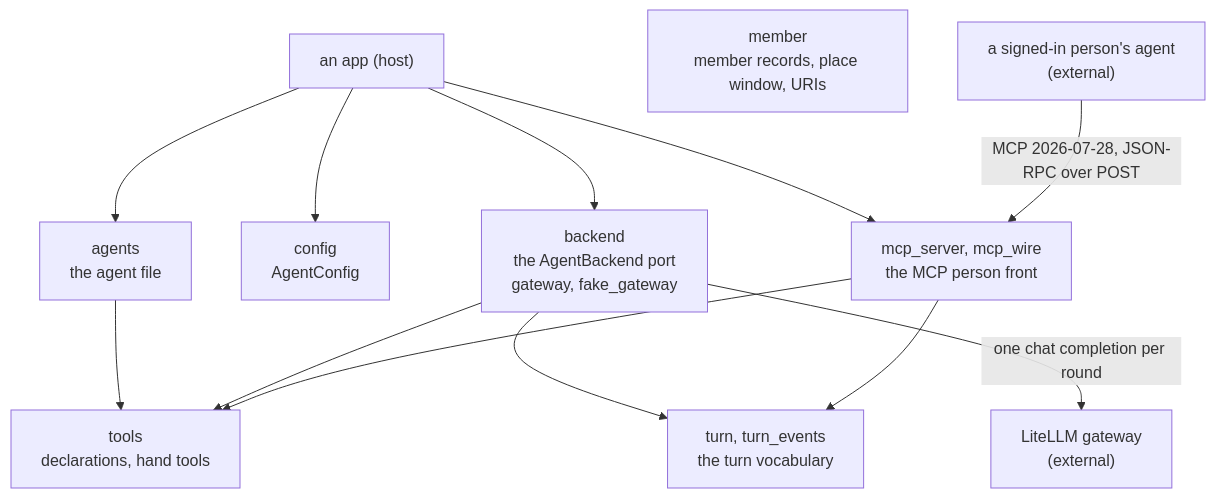
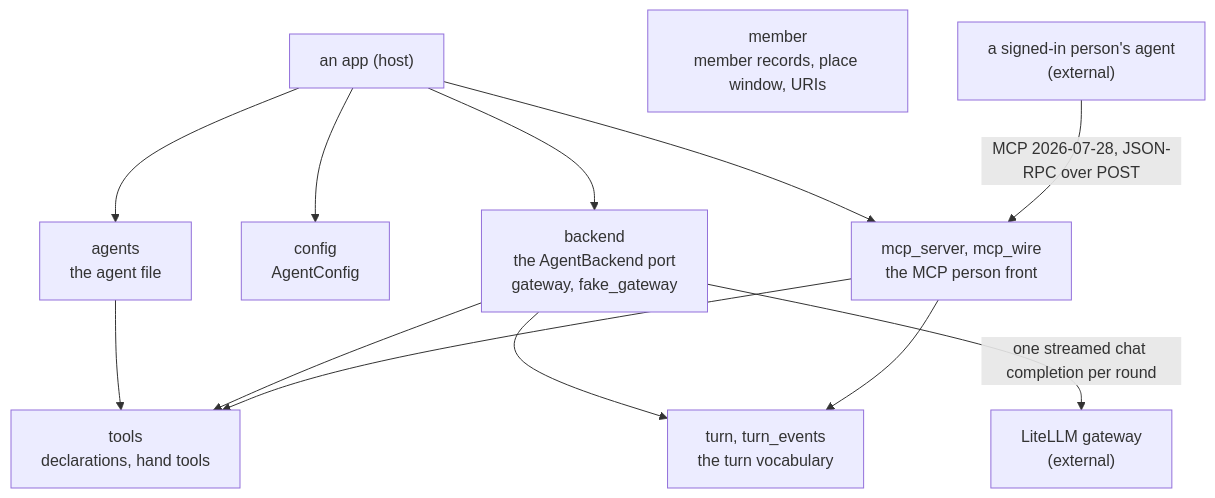
One commit to overnightworks/agent-runtime changed the first of 2 diagrams in docs/ARCHITECTURE.md. Above: the diagram before and after it, drawn with Mermaid. The commit also changed other lines of this file and 11 other files, not shown here.

````diff
--- a/docs/ARCHITECTURE.md
+++ b/docs/ARCHITECTURE.md
@@ -14,25 +14,25 @@
 ```mermaid
 flowchart TB
     app["an app (host)"]
     agents["agents<br/>the agent file"]
     tools["tools<br/>declarations, hand tools"]
     config["config<br/>AgentConfig"]
     backend["backend<br/>the AgentBackend port<br/>gateway, fake_gateway"]
     turn["turn, turn_events<br/>the turn vocabulary"]
     mcp["mcp_server, mcp_wire<br/>the MCP person front"]
     member["member<br/>member records, place window, URIs"]
     gateway["LiteLLM gateway<br/>(external)"]
     person["a signed-in person's agent<br/>(external)"]
 
     app --> agents
     app --> config
     app --> backend
     app --> mcp
     agents --> tools
     backend --> tools
     backend --> turn
     mcp --> tools
     mcp --> turn
-    backend -->|"one chat completion per round"| gateway
+    backend -->|"one streamed chat completion per round"| gateway
     person -->|"MCP 2026-07-28, JSON-RPC over POST"| mcp
 ```
````
